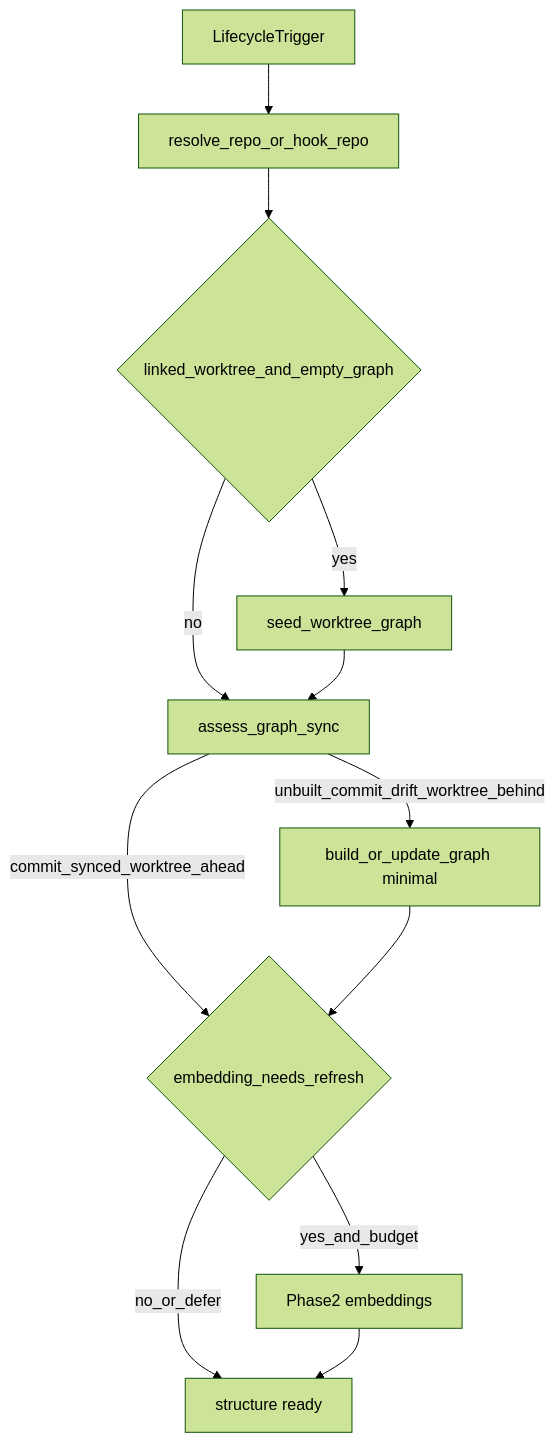
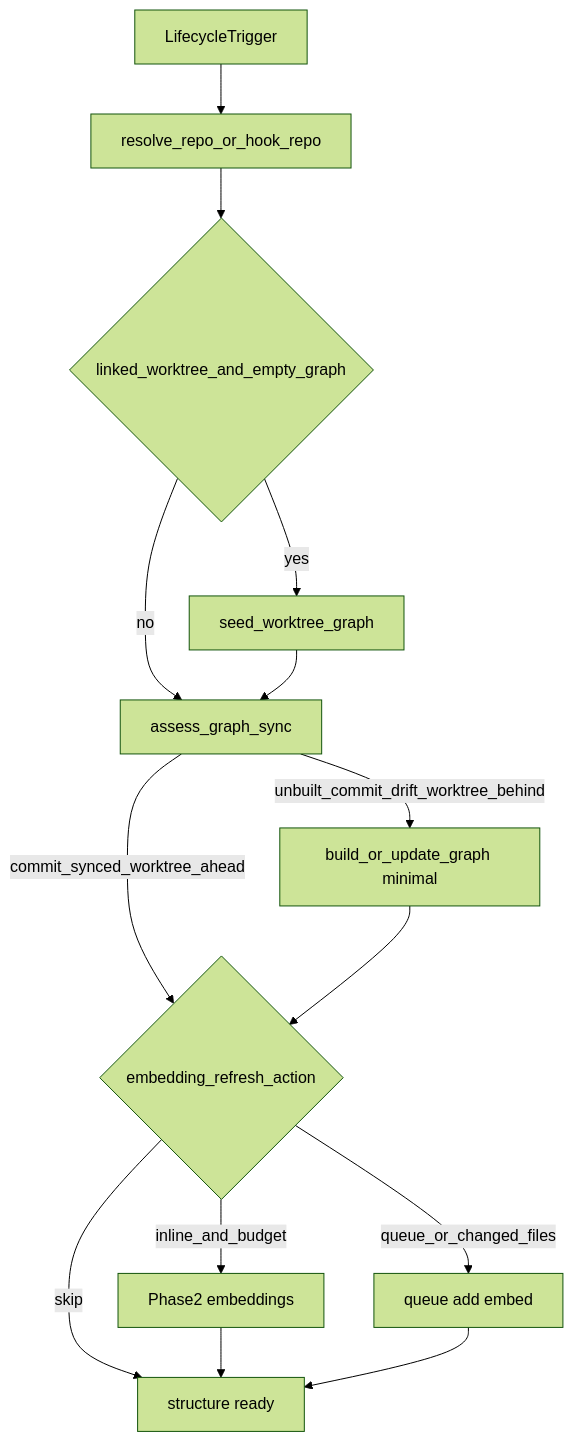
One commit to manji-0/dagayn changed the diagram in docs/SESSION-GRAPH-FRESHNESS.md. Above: the diagram before and after it, drawn with Mermaid (forest theme). The commit also changed other lines of this file and 24 other files, not shown here.

````diff
--- a/docs/SESSION-GRAPH-FRESHNESS.md
+++ b/docs/SESSION-GRAPH-FRESHNESS.md
@@ -173,14 +176,16 @@
 ```mermaid
 flowchart TD
   trigger[LifecycleTrigger] --> resolve[resolve_repo_or_hook_repo]
   resolve --> seed{linked_worktree_and_empty_graph}
   seed -->|yes| seedGraph[seed_worktree_graph]
   seed -->|no| assess[assess_graph_sync]
   seedGraph --> assess
   assess -->|unbuilt_commit_drift_worktree_behind| structure[build_or_update_graph minimal]
-  assess -->|commit_synced_worktree_ahead| embedCheck{embedding_needs_refresh}
+  assess -->|commit_synced_worktree_ahead| embedCheck{embedding_refresh_action}
   structure --> embedCheck
-  embedCheck -->|yes_and_budget| embed[Phase2 embeddings]
-  embedCheck -->|no_or_defer| ready[structure ready]
+  embedCheck -->|inline_and_budget| embed[Phase2 embeddings]
+  embedCheck -->|queue_or_changed_files| queueEmbed[queue add embed]
+  embedCheck -->|skip| ready[structure ready]
   embed --> ready
+  queueEmbed --> ready
 ```
````
